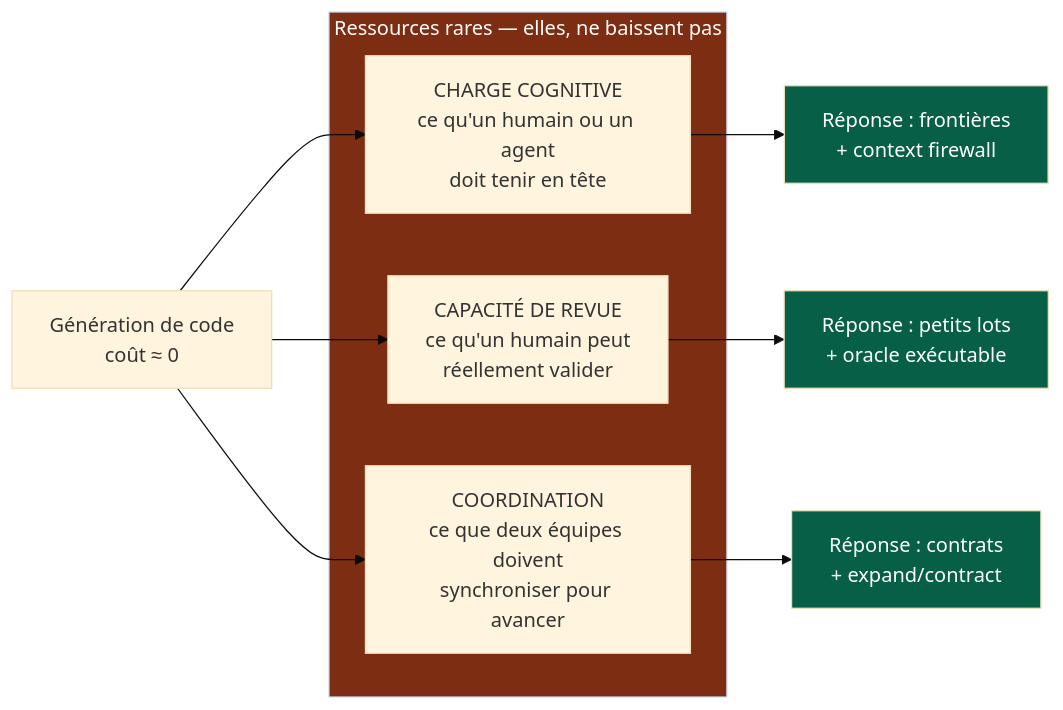
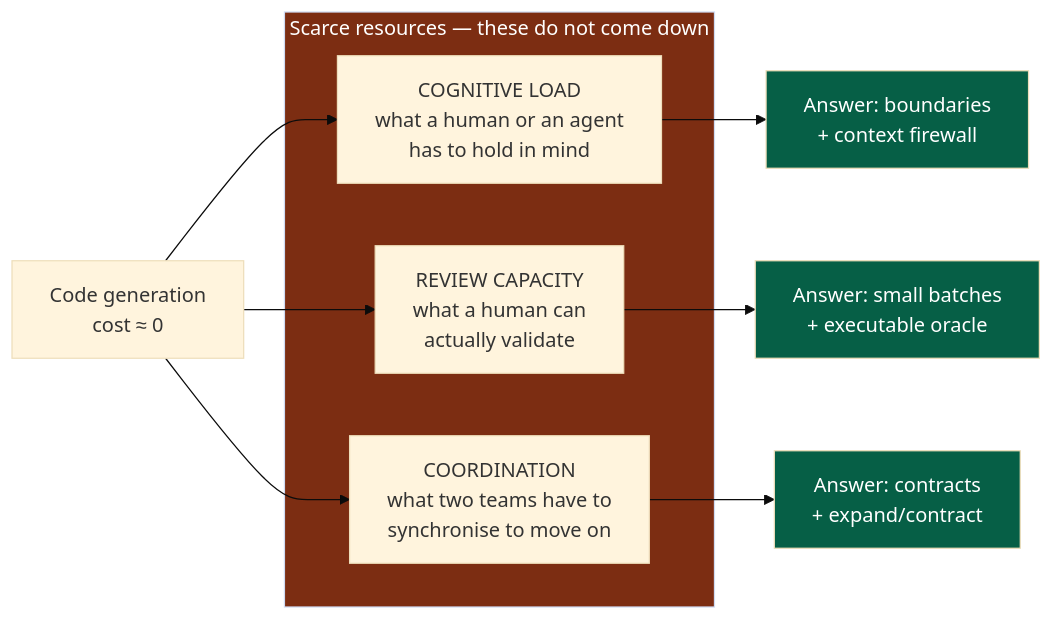
One commit to NapkinStack/engineering-os changed the second of 2 diagrams in skeleton/docs/os/00-overview.md. Above: the diagram before and after it, drawn with Mermaid (base theme). The commit also changed other lines of this file and 2 other files, not shown here.

````diff
--- a/skeleton/docs/os/00-overview.md
+++ b/skeleton/docs/os/00-overview.md
@@ -99,21 +99,21 @@
 ```mermaid
 flowchart LR
-    G["Génération de code<br/>coût ≈ 0"] --> R1
+    G["Code generation<br/>cost ≈ 0"] --> R1
     G --> R2
     G --> R3
 
-    subgraph RARE["Ressources rares — elles, ne baissent pas"]
-        R1["CHARGE COGNITIVE<br/>ce qu'un humain ou un agent<br/>doit tenir en tête"]
-        R2["CAPACITÉ DE REVUE<br/>ce qu'un humain peut<br/>réellement valider"]
-        R3["COORDINATION<br/>ce que deux équipes doivent<br/>synchroniser pour avancer"]
+    subgraph RARE["Scarce resources — these do not come down"]
+        R1["COGNITIVE LOAD<br/>what a human or an agent<br/>has to hold in mind"]
+        R2["REVIEW CAPACITY<br/>what a human can<br/>actually validate"]
+        R3["COORDINATION<br/>what two teams have to<br/>synchronise to move on"]
     end
 
-    R1 --> S1["Réponse : frontières<br/>+ context firewall"]
-    R2 --> S2["Réponse : petits lots<br/>+ oracle exécutable"]
-    R3 --> S3["Réponse : contrats<br/>+ expand/contract"]
+    R1 --> S1["Answer: boundaries<br/>+ context firewall"]
+    R2 --> S2["Answer: small batches<br/>+ executable oracle"]
+    R3 --> S3["Answer: contracts<br/>+ expand/contract"]
 
     style RARE fill:#7c2d12,color:#fff
     style S1 fill:#065f46,color:#fff
     style S2 fill:#065f46,color:#fff
     style S3 fill:#065f46,color:#fff
 ```
````
